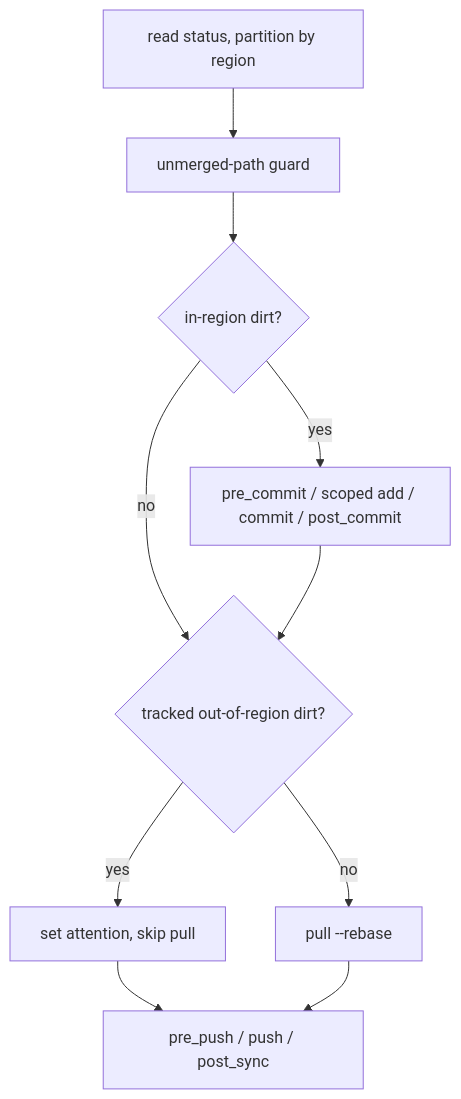
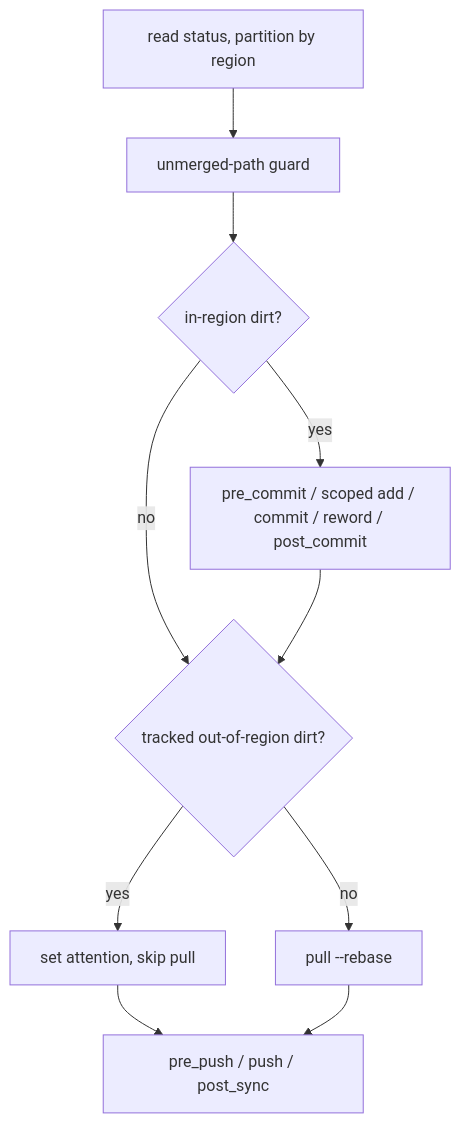
The diagram in docs/future/commit-policy.md (michaelquigley/sexton), drawn with Mermaid before and after one commit. The commit also changed other lines of this file and 7 other files, not shown here.

````diff
--- a/docs/future/commit-policy.md
+++ b/docs/future/commit-policy.md
@@ -47,12 +47,12 @@
 ```mermaid
 flowchart TD
     status[read status, partition by region] --> guard[unmerged-path guard]
     guard --> inr{in-region dirt?}
-    inr -- yes --> commit[pre_commit / scoped add / commit / post_commit]
+    inr -- yes --> commit[pre_commit / scoped add / commit / reword / post_commit]
     inr -- no --> outr
     commit --> outr{tracked out-of-region dirt?}
     outr -- yes --> attn[set attention, skip pull]
     outr -- no --> pull[pull --rebase]
     attn --> push[pre_push / push / post_sync]
     pull --> push
 ```
````
